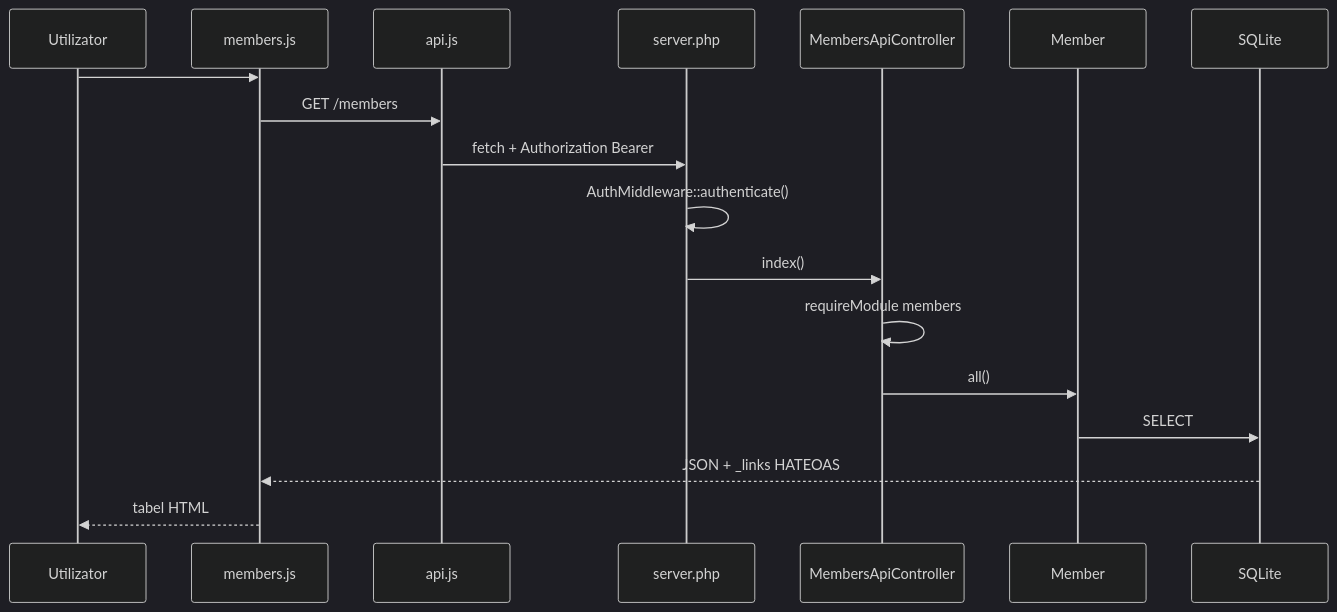
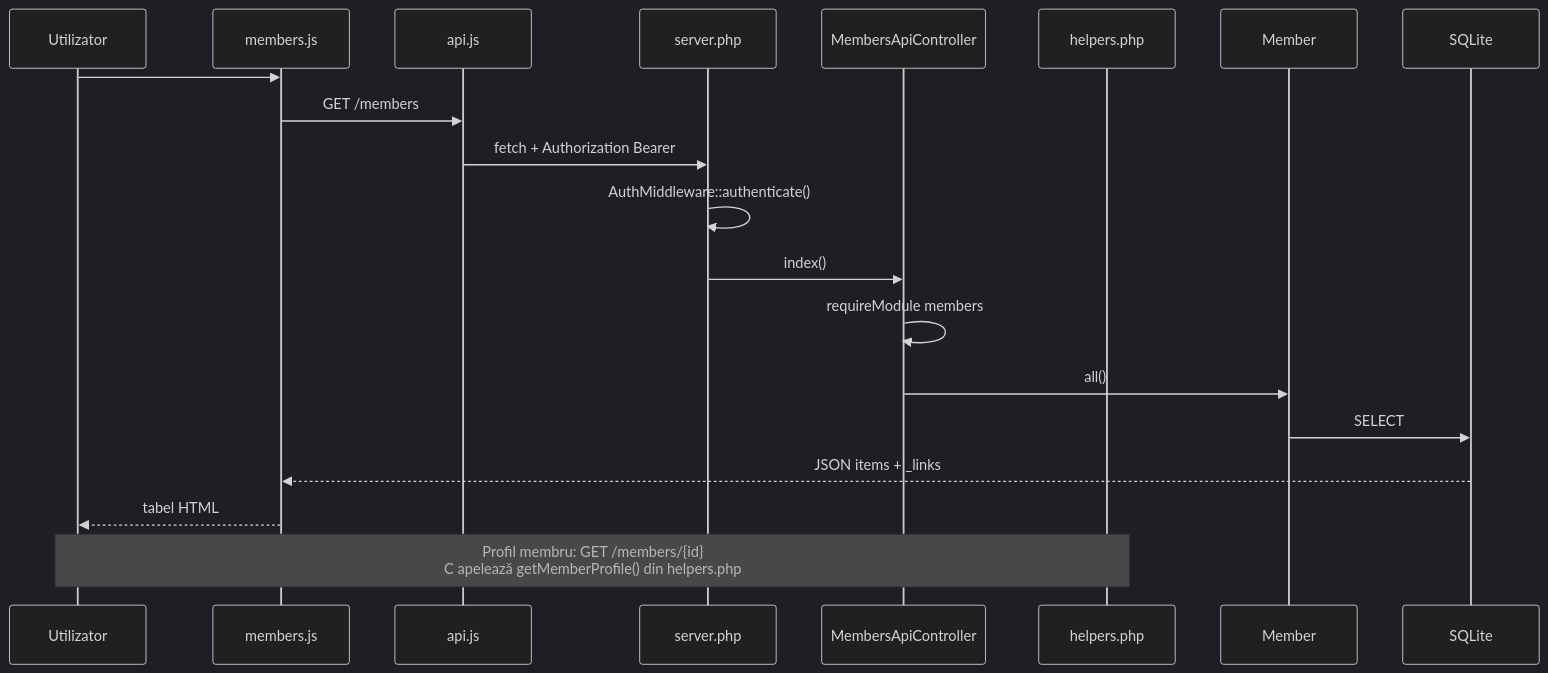
Before and after one commit to ricardofilipebondor/web-technologies-2026: the fifth of 12 diagrams in docs/ARCHITECTURE.md, drawn with Mermaid (dark theme). The commit also changed other lines of this file and 44 other files, not shown here.

Commit message:
Refactorizeaza backendul: elimina plugin-urile si serviciile, consolideaza logica in helpers.php

````diff
--- a/docs/ARCHITECTURE.md
+++ b/docs/ARCHITECTURE.md
@@ -99,21 +99,24 @@
 ```mermaid
 sequenceDiagram
     participant U as Utilizator
     participant P as members.js
     participant A as api.js
     participant S as server.php
     participant C as MembersApiController
+    participant H as helpers.php
     participant M as Member
     participant DB as SQLite
 
     U->>P: #/members
     P->>A: GET /members
     A->>S: fetch + Authorization Bearer
     S->>S: AuthMiddleware::authenticate()
     S->>C: index()
     C->>C: requireModule members
     C->>M: all()
     M->>DB: SELECT
-    DB-->>P: JSON + _links HATEOAS
+    DB-->>P: JSON items + _links
     P-->>U: tabel HTML
+
+    Note over U,H: Profil membru: GET /members/{id}<br/>C apelează getMemberProfile() din helpers.php
 ```
````
